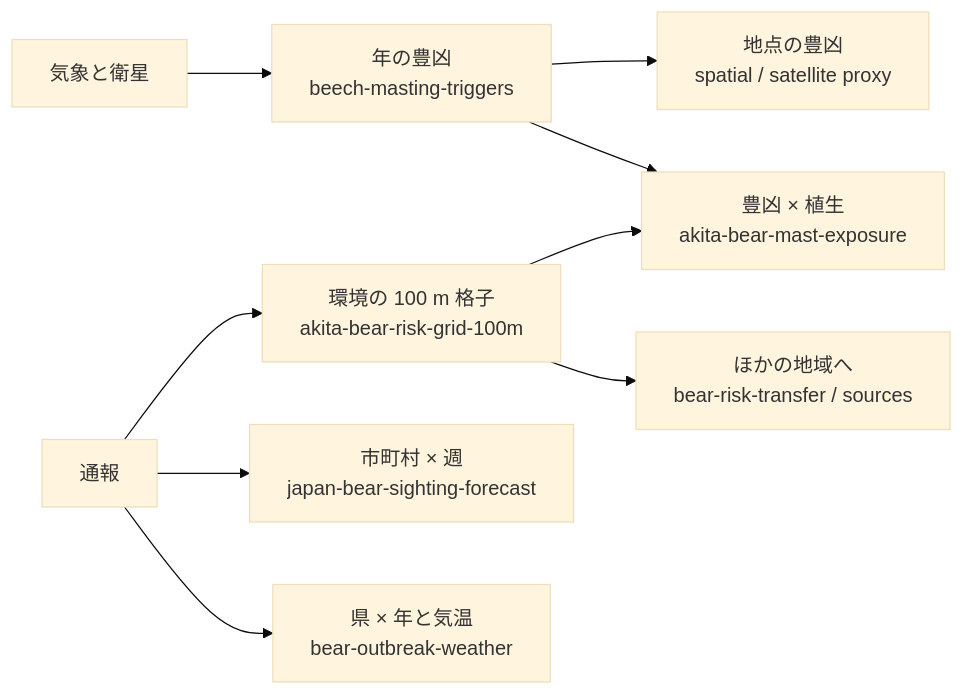
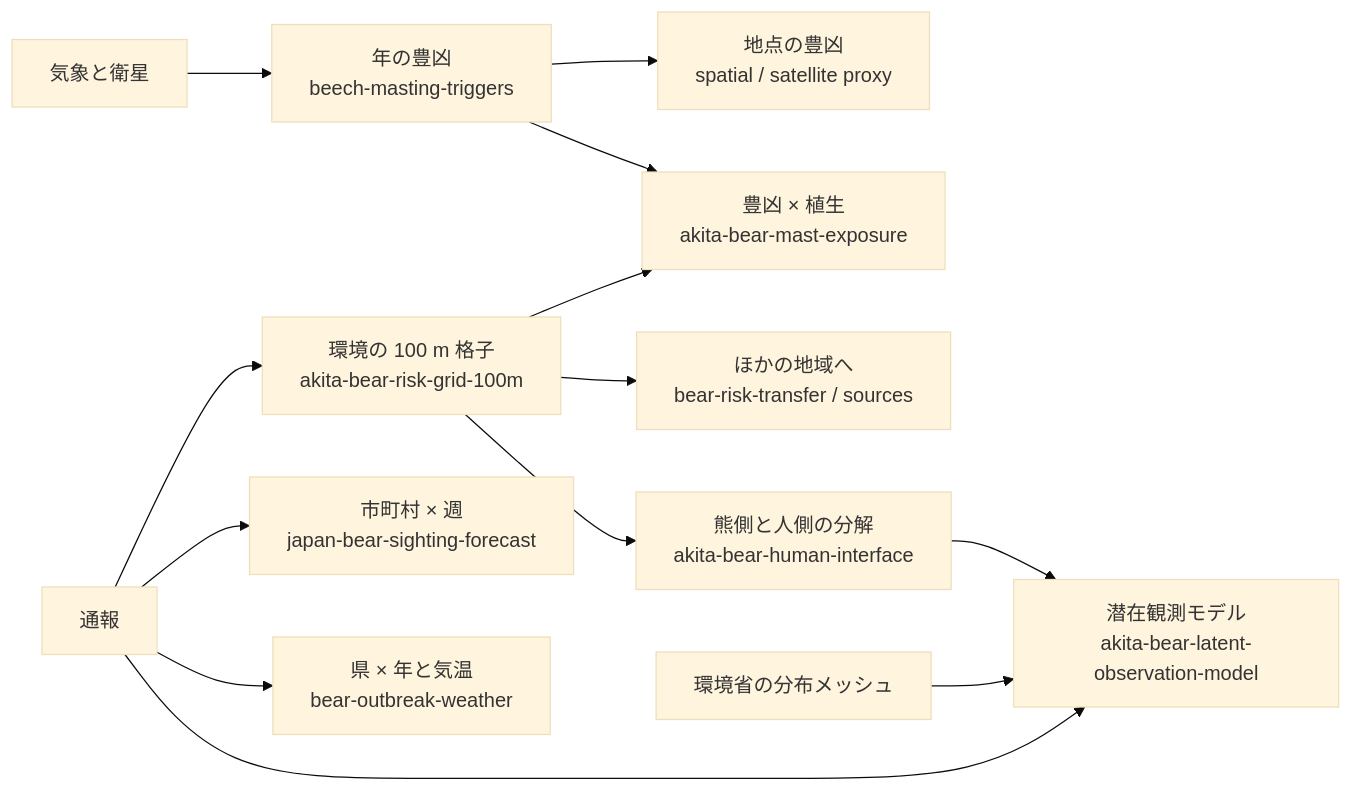
Before and after one commit to yuiseki/GeoAI-master-skills: the second of 2 diagrams in projects/_bear/bear-synthesis/report.md, drawn with Mermaid (base theme). The commit also changed other lines of this file, not shown here.

First line of the commit message:
bear-synthesis: write the models and checks as equations

````diff
--- a/projects/_bear/bear-synthesis/report.md
+++ b/projects/_bear/bear-synthesis/report.md
@@ -174,11 +189,15 @@
 ```mermaid
 flowchart LR
   W[気象と衛星] --> T[年の豊凶<br>beech-masting-triggers]
   T --> S[地点の豊凶<br>spatial / satellite proxy]
   T --> E[豊凶 × 植生<br>akita-bear-mast-exposure]
   G[環境の 100 m 格子<br>akita-bear-risk-grid-100m] --> E
   G --> X[ほかの地域へ<br>bear-risk-transfer / sources]
   R[通報] --> G
   R --> F[市町村 × 週<br>japan-bear-sighting-forecast]
   R --> O[県 × 年と気温<br>bear-outbreak-weather]
+  G --> HI[熊側と人側の分解<br>akita-bear-human-interface]
+  HI --> L[潜在観測モデル<br>akita-bear-latent-observation-model]
+  M[環境省の分布メッシュ] --> L
+  R --> L
 ```
````
